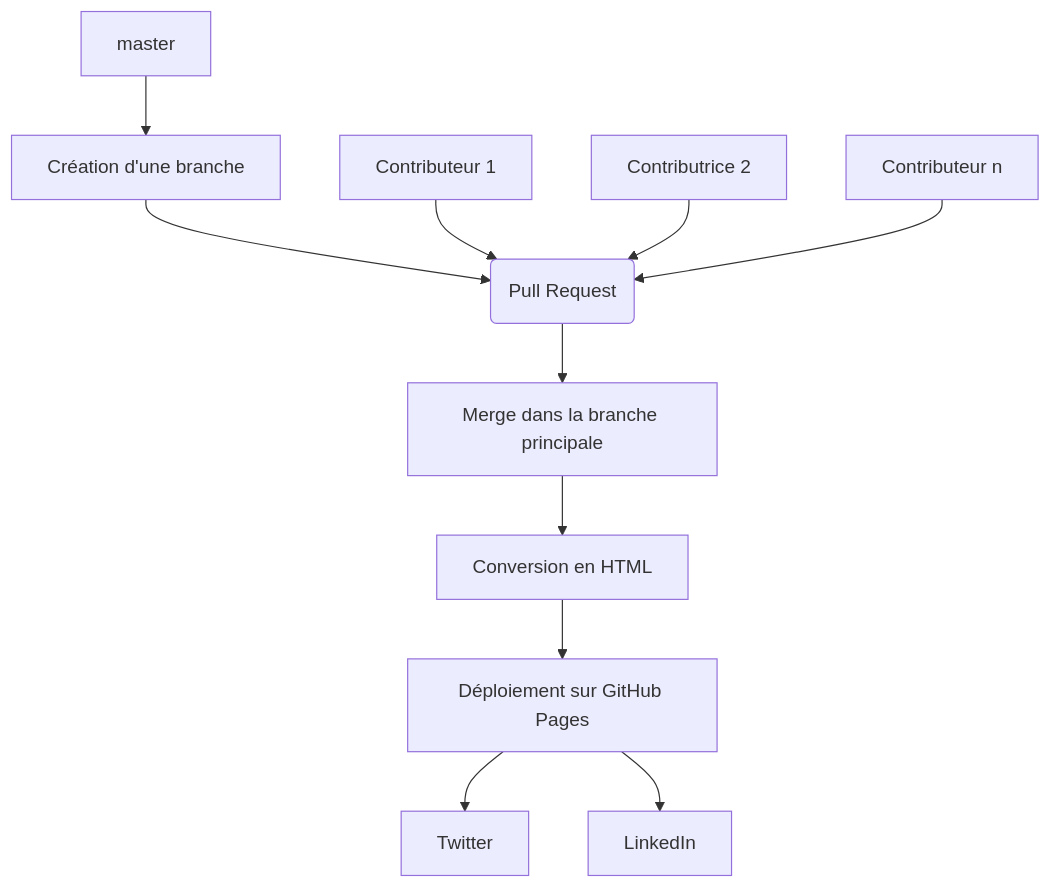
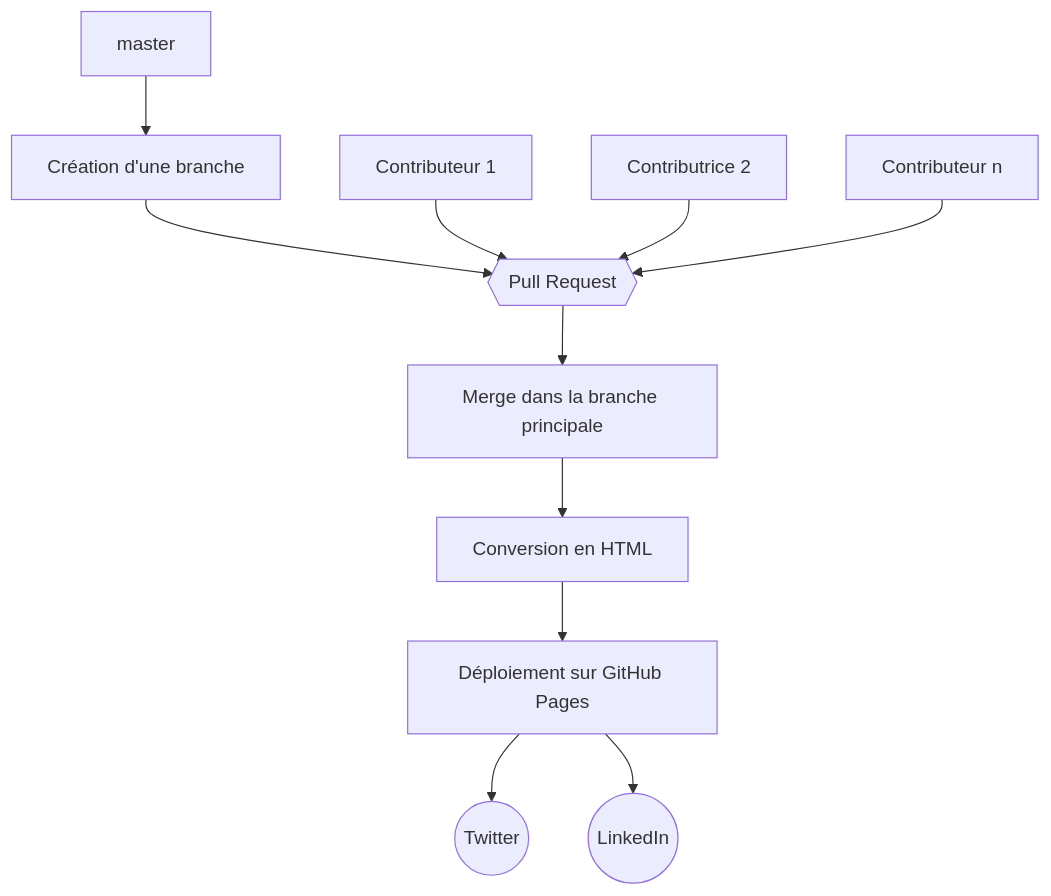
Before and after one commit to geotribu/website: the first of 2 diagrams in content/contribuer/guides/diagrams.md, drawn with Mermaid. The commit also changed other lines of this file, not shown here.

````diff
--- a/content/contribuer/guides/diagrams.md
+++ b/content/contribuer/guides/diagrams.md
@@ -50,12 +50,12 @@
 ```mermaid
 graph TD;
-    Z[master]-->A[Création d'une branche]-->B(Pull Request);
-    C[Contributeur 1]-->B;
-    D[Contributrice 2]-->B;
-    E[Contributeur n]-->B;
-    B-->F[Merge dans la branche principale];
-    F-->G[Conversion en HTML];
-    G-->H[Déploiement sur GitHub Pages];
-    H-->Twitter;
-    H-->LinkedIn;
+    Z["master"]-->A["Création d'une branche"]-->B{{"Pull Request"}};
+    C["Contributeur 1"]-->B;
+    D["Contributrice 2"]-->B;
+    E["Contributeur n"]-->B;
+    B-->F["Merge dans la branche principale"];
+    F-->G["Conversion en HTML"];
+    G-->H["Déploiement sur GitHub Pages"];
+    H-->I(("Twitter"));
+    H-->J(("LinkedIn"));
 ```
````
